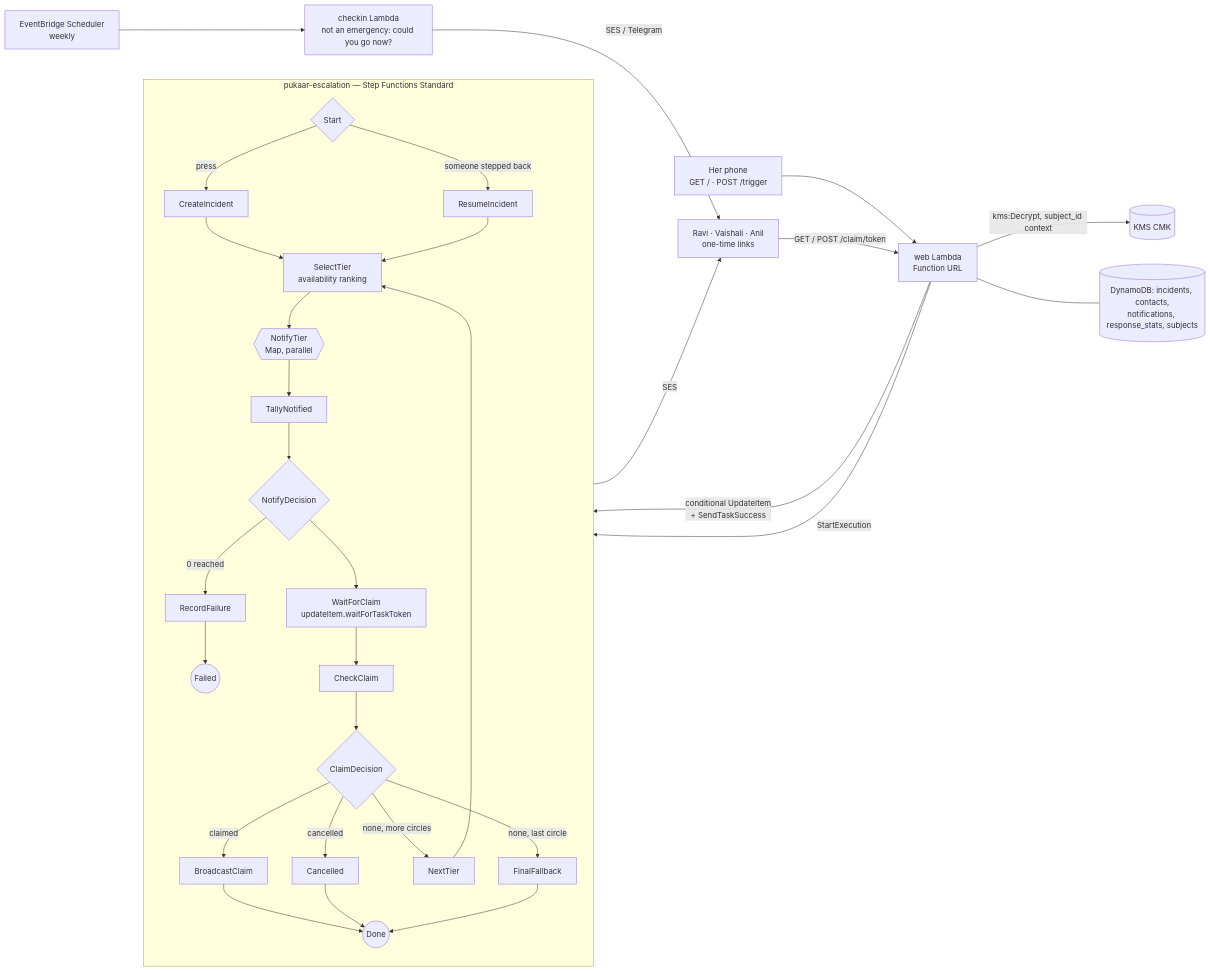
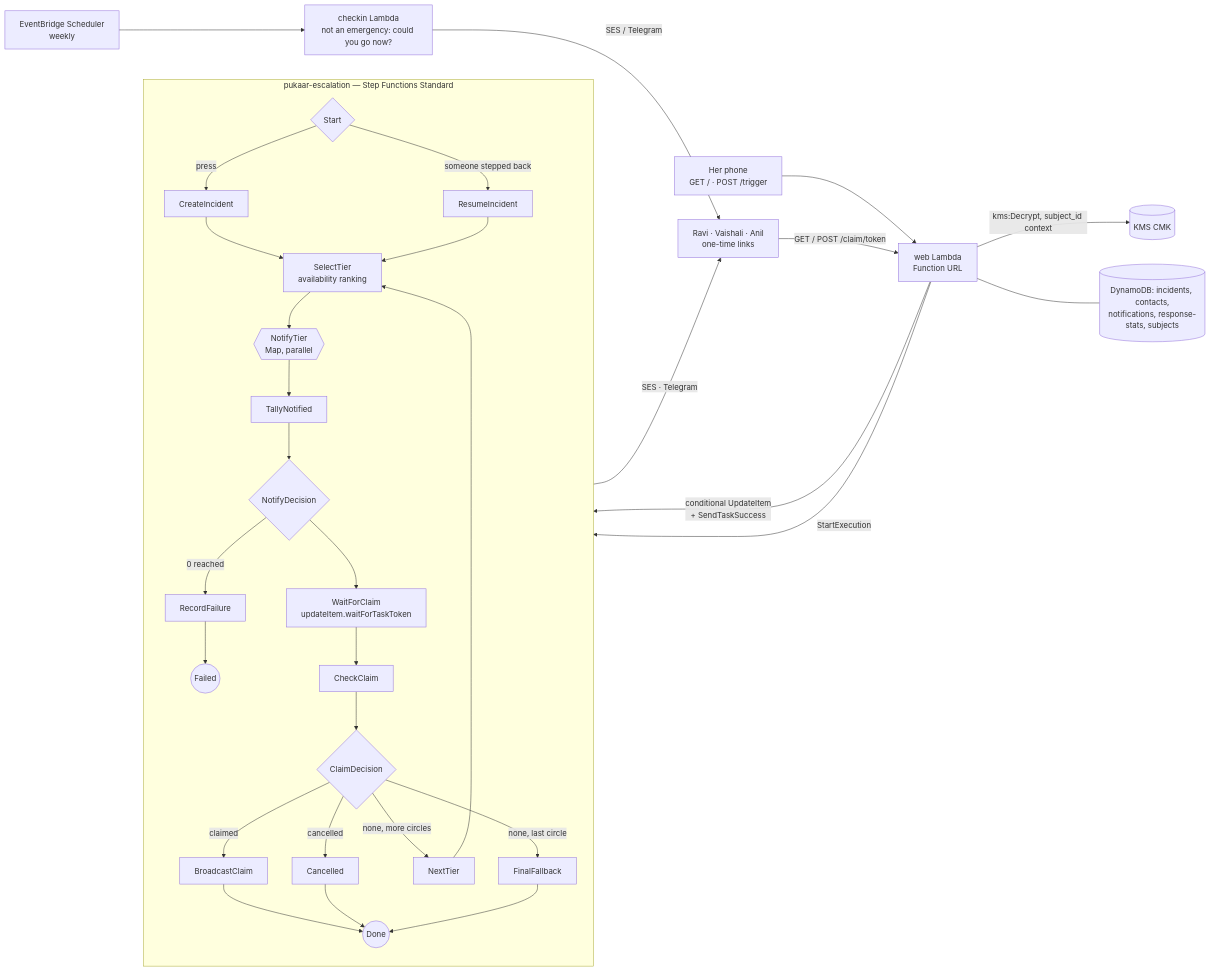
Before and after one commit to aryangorde6/pukaar: the diagram in README.md, drawn with Mermaid. The commit also changed other lines of this file, not shown here.

Commit message:
README cold read: the diagram's first page goes by SES and Telegram, the table is response-stats, the check-in is described above not below, the eleven checks were the count at the time

````diff
--- a/README.md
+++ b/README.md
@@ -108,25 +108,25 @@
 ```mermaid
 flowchart LR
   P["Her phone<br/>GET /  ·  POST /trigger"] --> W[web Lambda<br/>Function URL]
   W -->|StartExecution| SM
   subgraph SM [pukaar-escalation — Step Functions Standard]
     direction TB
     ST{Start} -->|press| C[CreateIncident] --> S[SelectTier<br/>availability ranking]
     ST -->|someone stepped back| RI[ResumeIncident] --> S
     S --> M{{NotifyTier<br/>Map, parallel}}
     M --> T[TallyNotified] --> D{NotifyDecision}
     D -->|0 reached| RF[RecordFailure] --> F((Failed))
     D --> WT[WaitForClaim<br/>updateItem.waitForTaskToken]
     WT --> CC[CheckClaim] --> CD{ClaimDecision}
     CD -->|claimed| B1[BroadcastClaim] --> DN((Done))
     CD -->|cancelled| B2[Cancelled] --> DN
     CD -->|none, more circles| NT[NextTier] --> S
     CD -->|none, last circle| B3[FinalFallback] --> DN
   end
-  M -->|SES| R["Ravi · Vaishali · Anil<br/>one-time links"]
+  M -->|SES · Telegram| R["Ravi · Vaishali · Anil<br/>one-time links"]
   R -->|GET / POST /claim/token| W
   W -->|conditional UpdateItem<br/>+ SendTaskSuccess| WT
   SCH[EventBridge Scheduler<br/>weekly] --> CK[checkin Lambda<br/>not an emergency: could you go now?] -->|SES / Telegram| R
   W -->|kms:Decrypt, subject_id context| K[(KMS CMK)]
-  W --- DDB[(DynamoDB: incidents, contacts,<br/>notifications, response_stats, subjects)]
+  W --- DDB[(DynamoDB: incidents, contacts,<br/>notifications, response-stats, subjects)]
 ```
````
